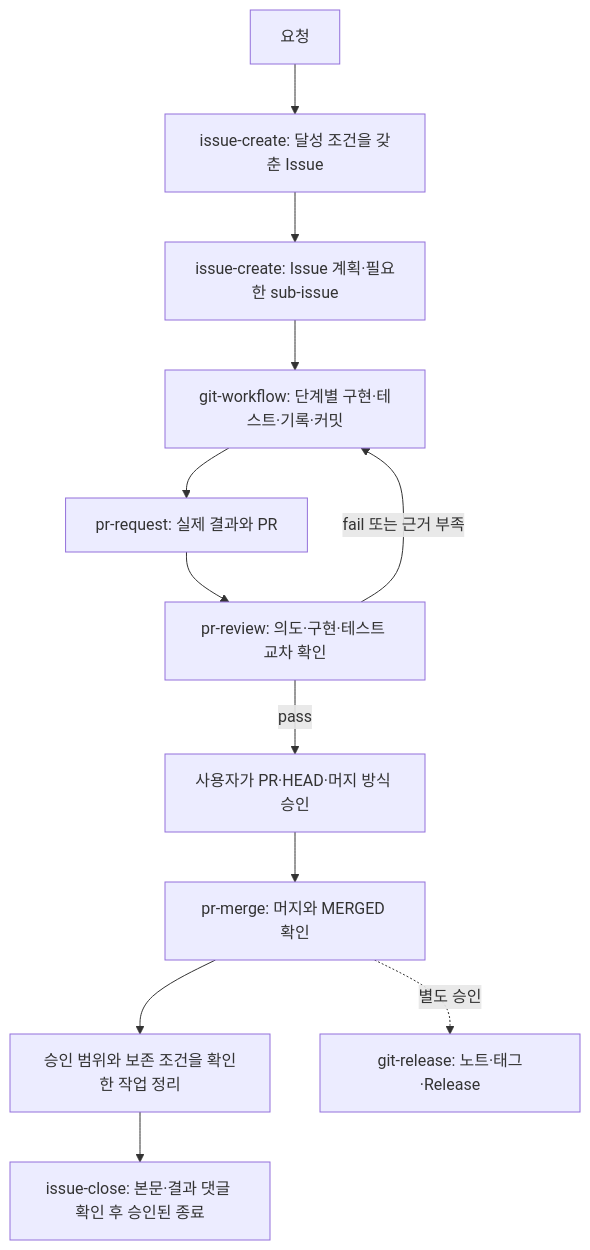
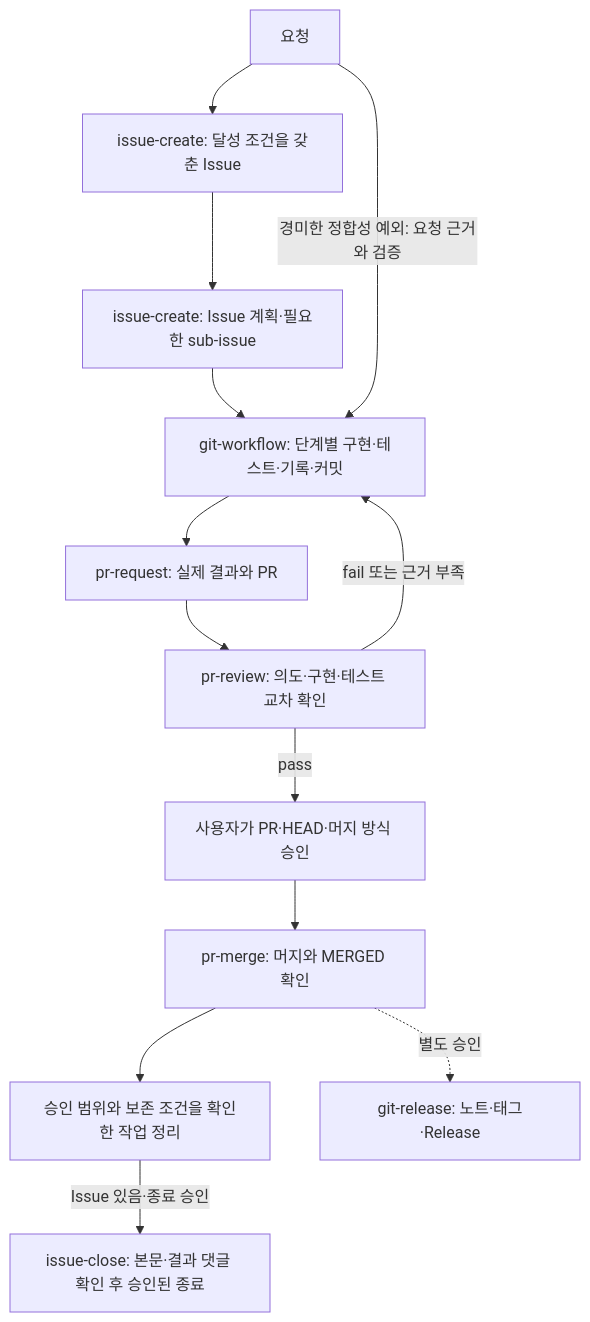
The diagram in README.ko.md (insung/git-workflow), drawn with Mermaid before and after one commit. The commit also changed other lines of this file and 20 other files, not shown here.

First line of the commit message:
fix(workflow): 결과 단위와 경미한 보완의 Issue 예외 연결

````diff
--- a/README.ko.md
+++ b/README.ko.md
@@ -43,14 +45,15 @@
 ```mermaid
 flowchart TD
     A[요청] --> B[issue-create: 달성 조건을 갖춘 Issue]
     B --> C[issue-create: Issue 계획·필요한 sub-issue]
     C --> D[git-workflow: 단계별 구현·테스트·기록·커밋]
+    A -->|경미한 정합성 예외: 요청 근거와 검증| D
     D --> E[pr-request: 실제 결과와 PR]
     E --> F[pr-review: 의도·구현·테스트 교차 확인]
     F -->|fail 또는 근거 부족| D
     F -->|pass| G[사용자가 PR·HEAD·머지 방식 승인]
     G --> H[pr-merge: 머지와 MERGED 확인]
     H --> J[승인 범위와 보존 조건을 확인한 작업 정리]
-    J --> K[issue-close: 본문·결과 댓글 확인 후 승인된 종료]
+    J -->|Issue 있음·종료 승인| K[issue-close: 본문·결과 댓글 확인 후 승인된 종료]
     H -. 별도 승인 .-> I[git-release: 노트·태그·Release]
 ```
````
